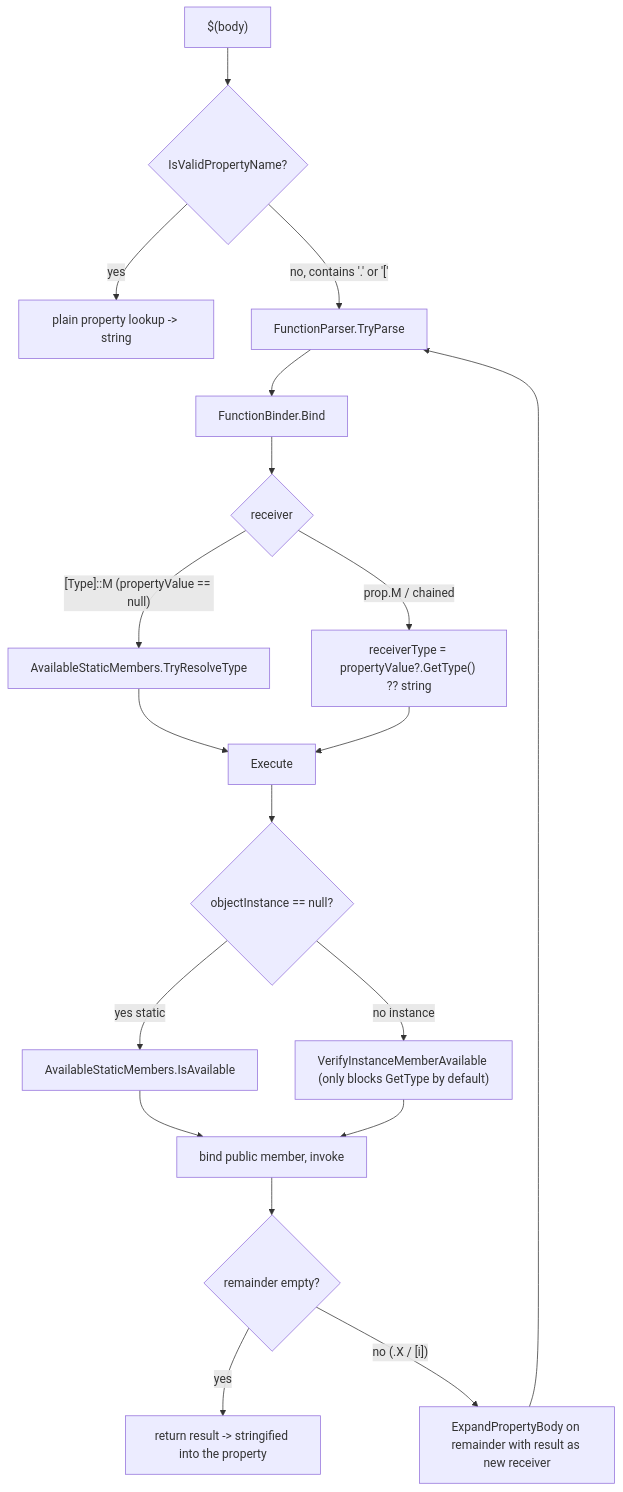
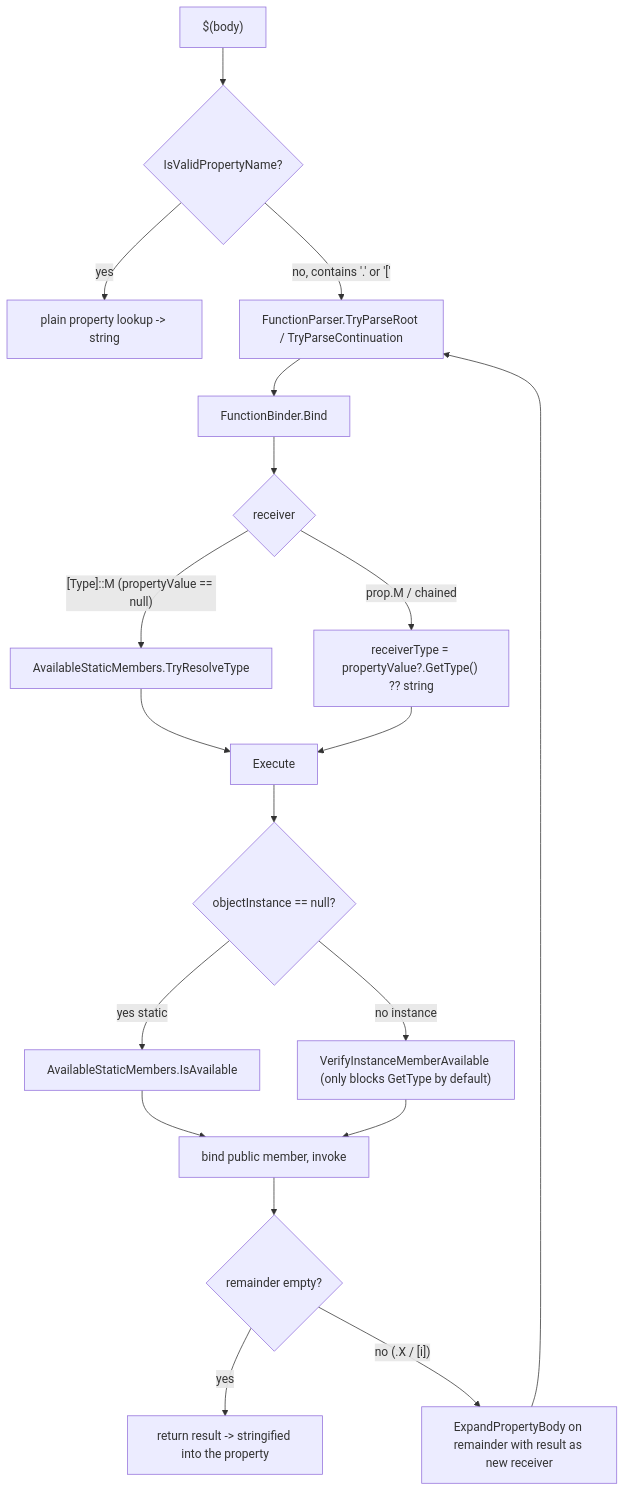
Before and after one commit to DustinCampbell/msbuild: the diagram in documentation/aot/property-functions-reachability.md, drawn with Mermaid. The commit also changed other lines of this file and 4 other files, not shown here.

First line of the commit message:
Clarify function parser grammar

````diff
--- a/documentation/aot/property-functions-reachability.md
+++ b/documentation/aot/property-functions-reachability.md
@@ -73,21 +74,21 @@
 ```mermaid
 flowchart TD
     A["$(body)"] --> B{IsValidPropertyName?}
     B -->|yes| P[plain property lookup -> string]
-    B -->|"no, contains '.' or '['"| C[FunctionParser.TryParse]
+    B -->|"no, contains '.' or '['"| C["FunctionParser.TryParseRoot / TryParseContinuation"]
     C --> BIND[FunctionBinder.Bind]
     BIND --> D{receiver}
     D -->|"[Type]::M (propertyValue == null)"| E[AvailableStaticMembers.TryResolveType]
     D -->|"prop.M / chained"| F["receiverType = propertyValue?.GetType() ?? string"]
     E --> G[Execute]
     F --> G[Execute]
     G --> H{objectInstance == null?}
     H -->|yes static| I[AvailableStaticMembers.IsAvailable]
     H -->|no instance| J["VerifyInstanceMemberAvailable (only blocks GetType by default)"]
     I --> K[bind public member, invoke]
     J --> K
     K --> L{remainder empty?}
     L -->|yes| M[return result -> stringified into the property]
     L -->|"no (.X / [i])"| C2[ExpandPropertyBody on remainder with result as new receiver]
     C2 --> C
 ```
````
